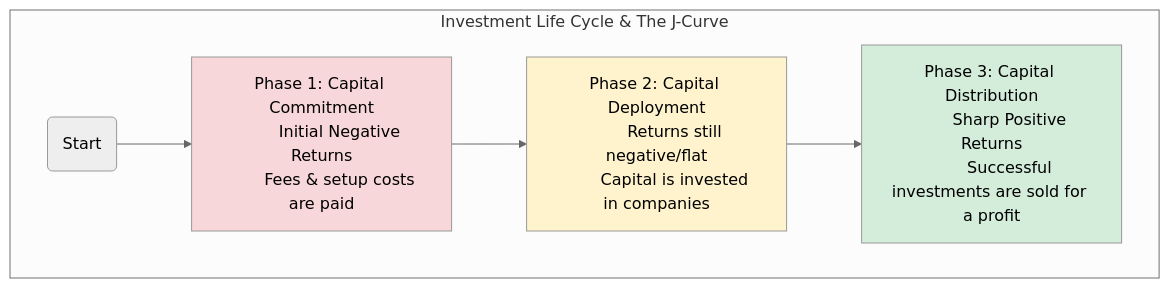
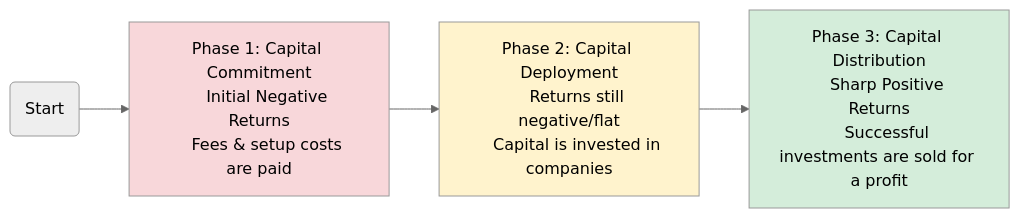
One commit to agarwalvipin/open_cfa changed the diagram in docs/LOS/Alts/Reading 77.md. Above: the diagram before and after it, drawn with Mermaid (neutral theme). The commit also changed other lines of this file, not shown here.

Commit message:
Refactor J-Curve diagram in Reading 77: Simplify formatting by removing subgraph wrapper for improved clarity and readability.

````diff
--- a/docs/LOS/Alts/Reading 77.md
+++ b/docs/LOS/Alts/Reading 77.md
@@ -28,18 +30,15 @@
 ```mermaid
 graph LR
-    subgraph "Investment Life Cycle & The J-Curve"
-        direction LR
-        A(Start) --> B["Phase 1: Capital Commitment
-        Initial Negative Returns
-        Fees & setup costs are paid"]
-        B --> C["Phase 2: Capital Deployment
-        Returns still negative/flat
-        Capital is invested in companies"]
-        C --> D["Phase 3: Capital Distribution
-        Sharp Positive Returns
-        Successful investments are sold for a profit"]
-    end
+    A(Start) --> B["Phase 1: Capital Commitment
+    Initial Negative Returns
+    Fees & setup costs are paid"]
+    B --> C["Phase 2: Capital Deployment
+    Returns still negative/flat
+    Capital is invested in companies"]
+    C --> D["Phase 3: Capital Distribution
+    Sharp Positive Returns
+    Successful investments are sold for a profit"]
     style B fill:#f8d7da
     style C fill:#fff3cd
     style D fill:#d4edda
 ```
````
